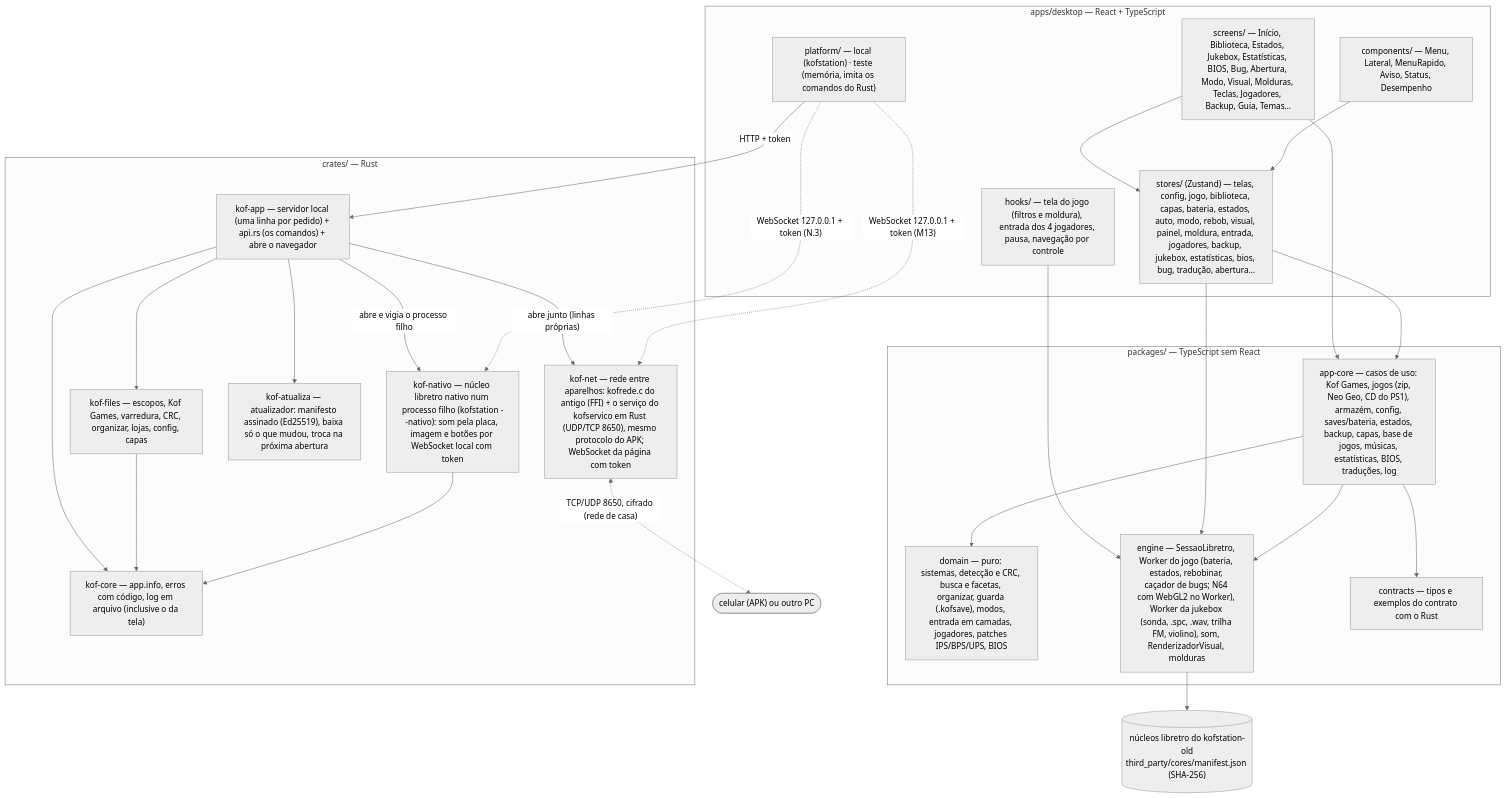
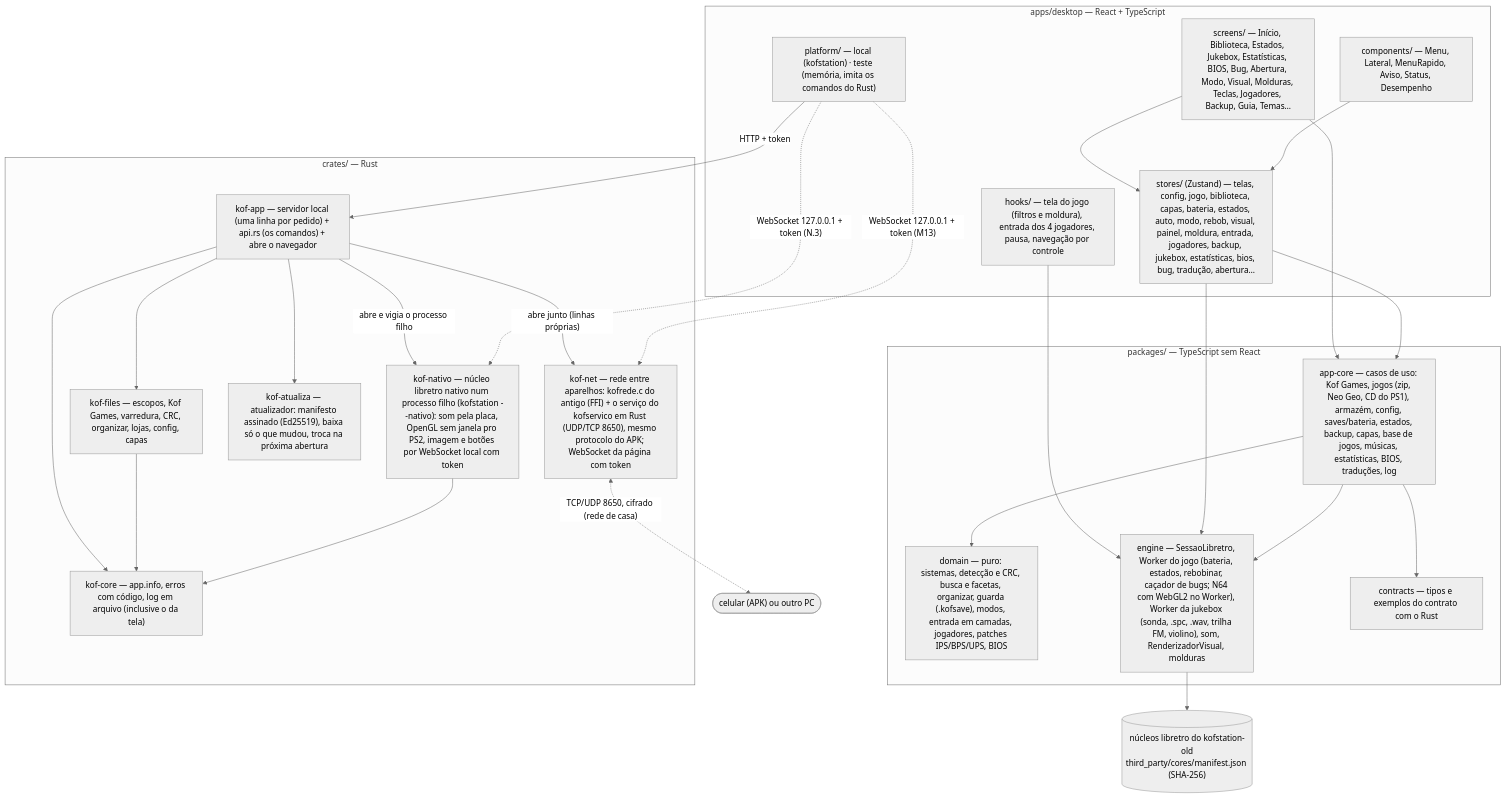
The second of 3 diagrams in README.md (Marcelao98/KOFstation), drawn with Mermaid (neutral theme) before and after one commit. The commit also changed other lines of this file and 4 other files, not shown here.

First line of the commit message:
JORNAL, ROADMAP, SITUACAO, README e D36 do PS2

````diff
--- a/README.md
+++ b/README.md
@@ -47,47 +47,47 @@
 ```mermaid
 flowchart TB
   subgraph DESK["apps/desktop — React + TypeScript"]
     SC["screens/ — Início, Biblioteca, Estados, Jukebox, Estatísticas, BIOS, Bug, Abertura, Modo, Visual, Molduras, Teclas, Jogadores, Backup, Guia, Temas…"]
     CO["components/ — Menu, Lateral, MenuRapido, Aviso, Status, Desempenho"]
     HK["hooks/ — tela do jogo (filtros e moldura), entrada dos 4 jogadores, pausa, navegação por controle"]
     ST["stores/ (Zustand) — telas, config, jogo, biblioteca, capas, bateria, estados, auto, modo, rebob, visual, painel, moldura, entrada, jogadores, backup, jukebox, estatísticas, bios, bug, tradução, abertura…"]
     PL["platform/ — local (kofstation) · teste (memória, imita os comandos do Rust)"]
   end
   subgraph PKG["packages/ — TypeScript sem React"]
     AC["app-core — casos de uso: Kof Games, jogos (zip, Neo Geo, CD do PS1), armazém, config, saves/bateria, estados, backup, capas, base de jogos, músicas, estatísticas, BIOS, traduções, log"]
     DO["domain — puro: sistemas, detecção e CRC, busca e facetas, organizar, guarda (.kofsave), modos, entrada em camadas, jogadores, patches IPS/BPS/UPS, BIOS"]
     EN["engine — SessaoLibretro, Worker do jogo (bateria, estados, rebobinar, caçador de bugs; N64 com WebGL2 no Worker), Worker da jukebox (sonda, .spc, .wav, trilha FM, violino), som, RenderizadorVisual, molduras"]
     CT["contracts — tipos e exemplos do contrato com o Rust"]
   end
   subgraph RS["crates/ — Rust"]
     KA["kof-app — servidor local (uma linha por pedido) + api.rs (os comandos) + abre o navegador"]
     KF["kof-files — escopos, Kof Games, varredura, CRC, organizar, lojas, config, capas"]
     KC["kof-core — app.info, erros com código, log em arquivo (inclusive o da tela)"]
-    KN["kof-nativo — núcleo libretro nativo num processo filho (kofstation --nativo): som pela placa, imagem e botões por WebSocket local com token"]
+    KN["kof-nativo — núcleo libretro nativo num processo filho (kofstation --nativo): som pela placa, OpenGL sem janela pro PS2, imagem e botões por WebSocket local com token"]
     KU["kof-atualiza — atualizador: manifesto assinado (Ed25519), baixa só o que mudou, troca na próxima abertura"]
     KR["kof-net — rede entre aparelhos: kofrede.c do antigo (FFI) + o serviço do kofservico em Rust (UDP/TCP 8650), mesmo protocolo do APK; WebSocket da página com token"]
   end
   NU[("núcleos libretro do kofstation-old<br/>third_party/cores/manifest.json (SHA-256)")]
 
   SC --> AC
   SC --> ST
   CO --> ST
   HK --> EN
   ST --> AC
   ST --> EN
   AC --> DO
   AC --> EN
   AC --> CT
   PL -->|"HTTP + token"| KA
   KA --> KF
   KA --> KC
   KF --> KC
   KA -->|"abre e vigia o processo filho"| KN
   KN --> KC
   KA --> KU
   KA -->|"abre junto (linhas próprias)"| KR
   PL -.->|"WebSocket 127.0.0.1 + token (M13)"| KR
   KR <-.->|"TCP/UDP 8650, cifrado (rede de casa)"| CEL(["celular (APK) ou outro PC"])
   PL -.->|"WebSocket 127.0.0.1 + token (N.3)"| KN
   EN --> NU
 ```
````
